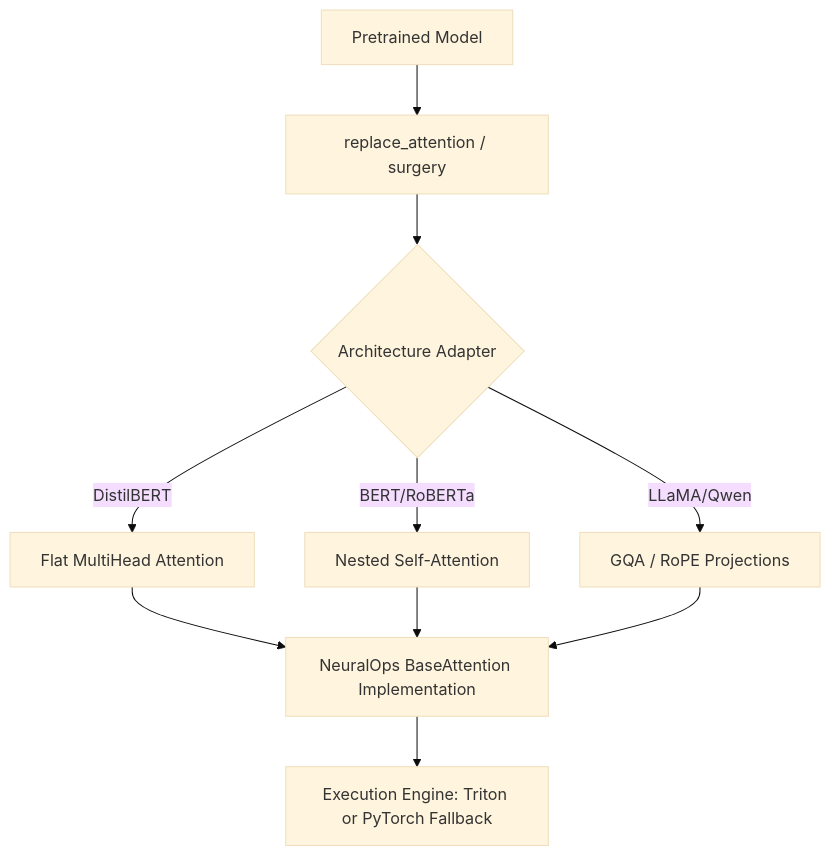
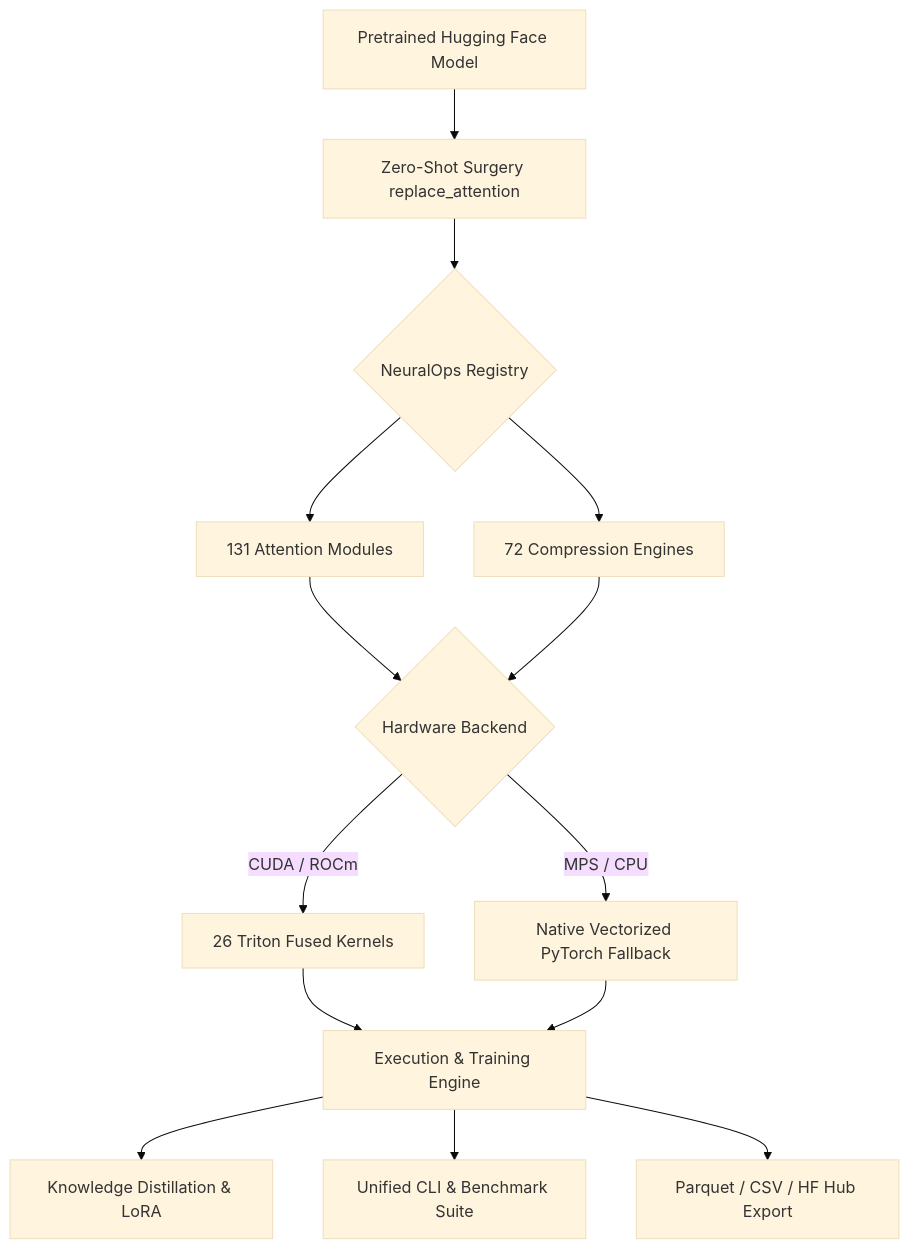
One commit to tahamajs/NeuralOps changed the diagram in README.md. Above: the diagram before and after it, drawn with Mermaid (base theme). The commit also changed other lines of this file, not shown here.

````diff
--- a/README.md
+++ b/README.md
@@ -188,12 +171,21 @@
 ```mermaid
-graph TD
-    A[Pretrained Model] --> B[replace_attention / surgery]
-    B --> C{Architecture Adapter}
-    C -->|DistilBERT| D[Flat MultiHead Attention]
-    C -->|BERT/RoBERTa| E[Nested Self-Attention]
-    C -->|LLaMA/Qwen| F[GQA / RoPE Projections]
-    D --> G[NeuralOps BaseAttention Implementation]
-    E --> G
-    F --> G
-    G --> H[Execution Engine: Triton or PyTorch Fallback]
+flowchart TD
+    HF[Pretrained Hugging Face Model] --> Surgery[Zero-Shot Surgery replace_attention]
+    Surgery --> Registry{NeuralOps Registry}
+    
+    Registry --> AttnZoo[131 Attention Modules]
+    Registry --> CompEngines[72 Compression Engines]
+    
+    AttnZoo --> BackendCheck{Hardware Backend}
+    CompEngines --> BackendCheck
+    
+    BackendCheck -- CUDA / ROCm --> Triton[26 Triton Fused Kernels]
+    BackendCheck -- MPS / CPU --> Fallback[Native Vectorized PyTorch Fallback]
+    
+    Triton --> Engine[Execution & Training Engine]
+    Fallback --> Engine
+    
+    Engine --> KD[Knowledge Distillation & LoRA]
+    Engine --> Bench[Unified CLI & Benchmark Suite]
+    Engine --> Export[Parquet / CSV / HF Hub Export]
 ```
````
